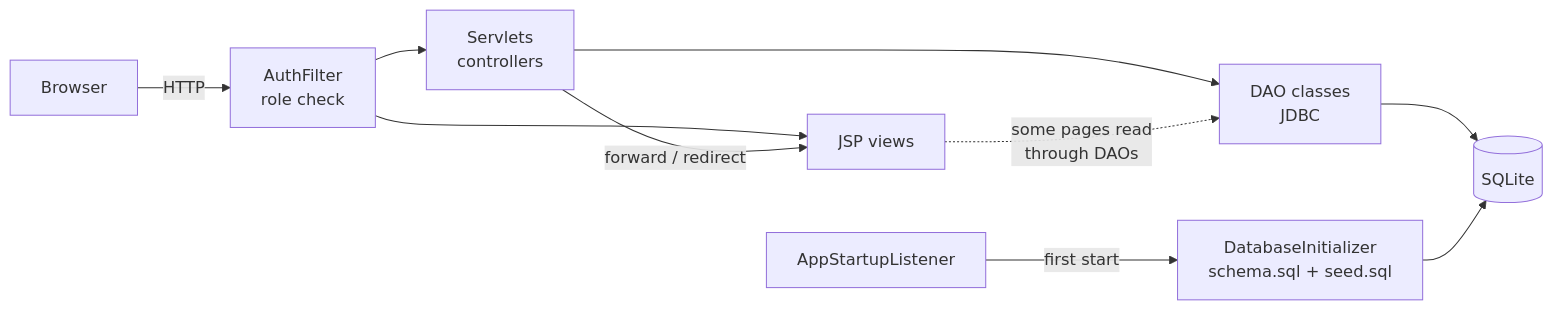
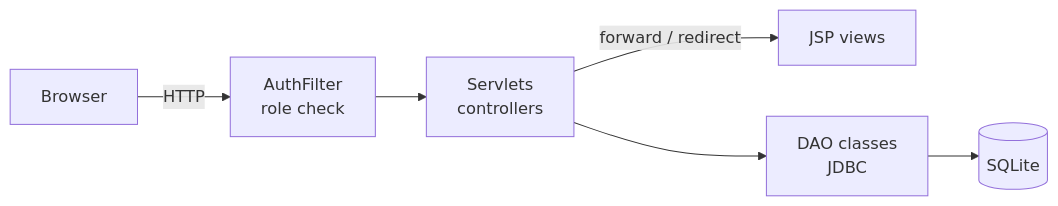
Before and after one commit to Eneuss/BookNook: the diagram in README.md, drawn with Mermaid. The commit also changed other lines of this file, not shown here.

````diff
--- a/README.md
+++ b/README.md
@@ -93,12 +33,8 @@
 ```mermaid
 flowchart LR
     Browser -->|HTTP| Filter[AuthFilter<br/>role check]
     Filter --> Servlets[Servlets<br/>controllers]
-    Filter --> JSP[JSP views]
-    Servlets -->|forward / redirect| JSP
+    Servlets -->|forward / redirect| JSP[JSP views]
     Servlets --> DAO[DAO classes<br/>JDBC]
-    JSP -. some pages read<br/>through DAOs .-> DAO
     DAO --> DB[(SQLite)]
-    Listener[AppStartupListener] -->|first start| Init[DatabaseInitializer<br/>schema.sql + seed.sql]
-    Init --> DB
 ```
````
